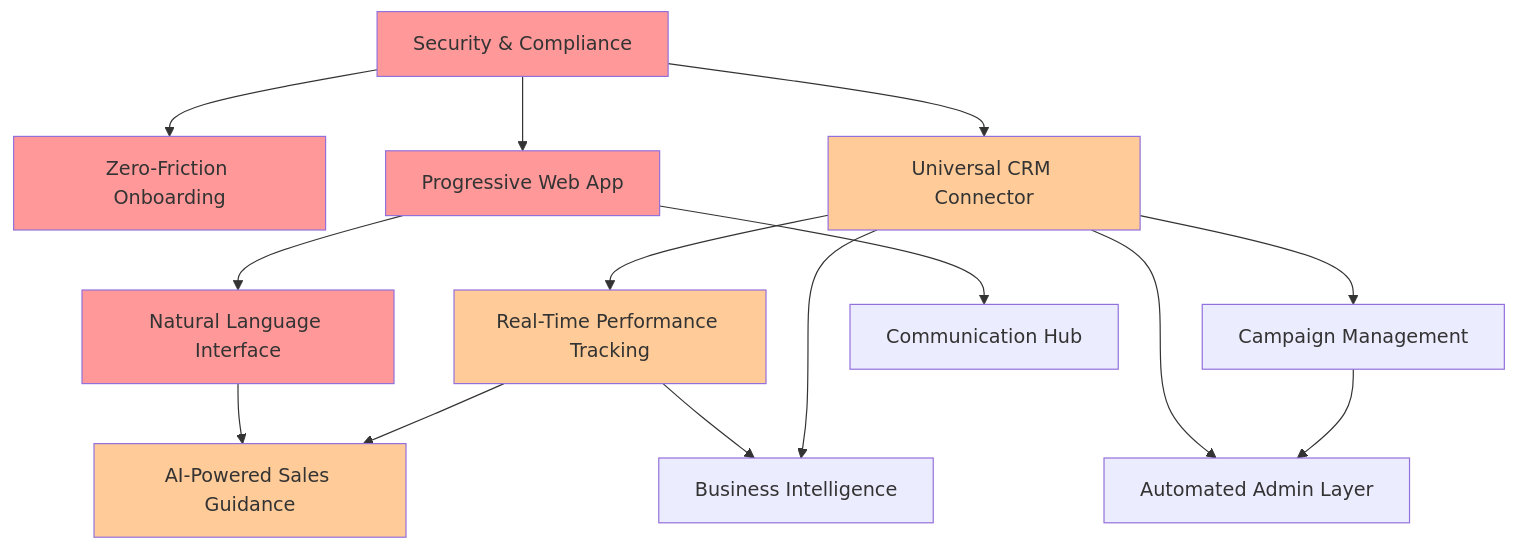
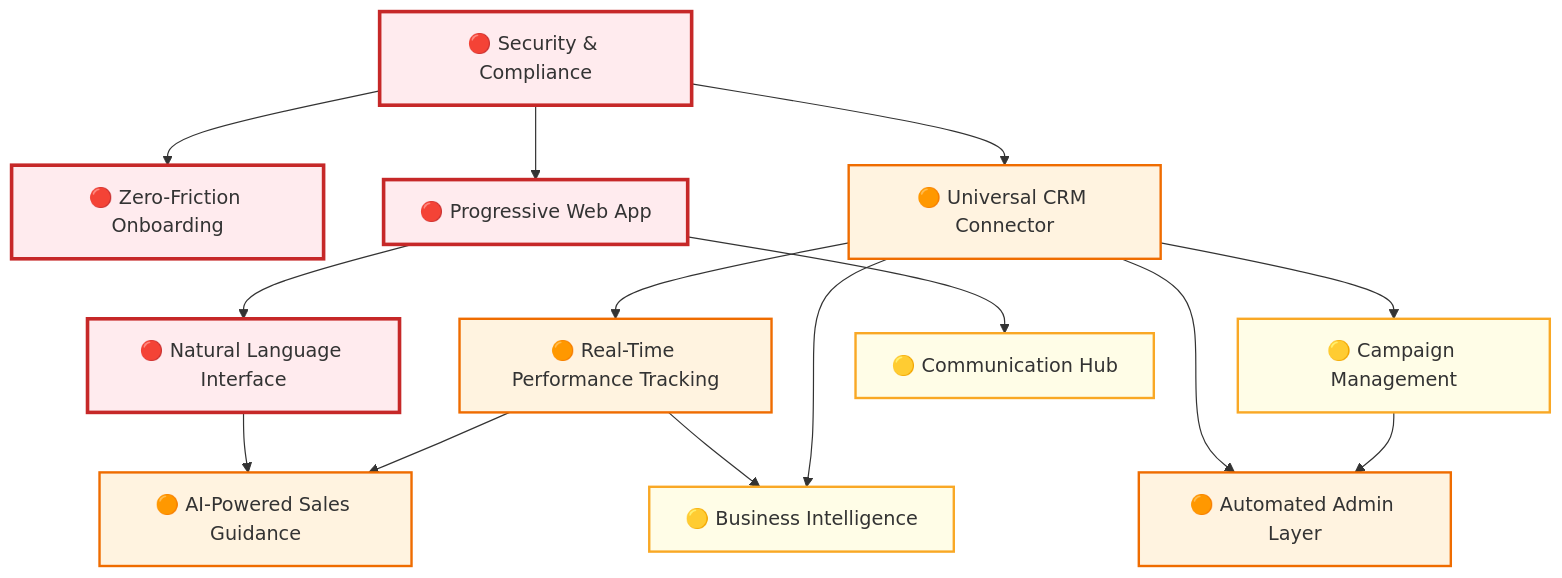
The second of 2 diagrams in .knowledge/ewing-proposal/technology/primary-features/README.md (Engram-Nexus/ewing-olemiss-play-v1), drawn with Mermaid before and after one commit. The commit also changed other lines of this file, not shown here.

````diff
--- a/.knowledge/ewing-proposal/technology/primary-features/README.md
+++ b/.knowledge/ewing-proposal/technology/primary-features/README.md
@@ -87,24 +148,28 @@
 ```mermaid
 graph TD
-    A[Security & Compliance] --> B[Zero-Friction Onboarding]
-    A --> C[Progressive Web App]
-    C --> D[Natural Language Interface]
-    A --> E[Universal CRM Connector]
-    E --> F[Real-Time Performance Tracking]
-    E --> G[Campaign Management]
-    D --> H[AI-Powered Sales Guidance]
+    A[🔴 Security & Compliance] --> B[🔴 Zero-Friction Onboarding]
+    A --> C[🔴 Progressive Web App]
+    C --> D[🔴 Natural Language Interface]
+    A --> E[🟠 Universal CRM Connector]
+    E --> F[🟠 Real-Time Performance Tracking]
+    E --> G[🟡 Campaign Management]
+    D --> H[🟠 AI-Powered Sales Guidance]
     F --> H
-    E --> I[Automated Admin Layer]
+    E --> I[🟠 Automated Admin Layer]
     G --> I
-    C --> J[Communication Hub]
-    F --> K[Business Intelligence]
+    C --> J[🟡 Communication Hub]
+    F --> K[🟡 Business Intelligence]
     E --> K
 
-    style A fill:#ff9999
-    style B fill:#ff9999
-    style C fill:#ff9999
-    style D fill:#ff9999
-    style E fill:#ffcc99
-    style F fill:#ffcc99
-    style H fill:#ffcc99
+    style A fill:#ffebee,stroke:#c62828,stroke-width:3px
+    style B fill:#ffebee,stroke:#c62828,stroke-width:3px
+    style C fill:#ffebee,stroke:#c62828,stroke-width:3px
+    style D fill:#ffebee,stroke:#c62828,stroke-width:3px
+    style E fill:#fff3e0,stroke:#ef6c00,stroke-width:2px
+    style F fill:#fff3e0,stroke:#ef6c00,stroke-width:2px
+    style H fill:#fff3e0,stroke:#ef6c00,stroke-width:2px
+    style I fill:#fff3e0,stroke:#ef6c00,stroke-width:2px
+    style G fill:#fffde7,stroke:#f9a825,stroke-width:2px
+    style J fill:#fffde7,stroke:#f9a825,stroke-width:2px
+    style K fill:#fffde7,stroke:#f9a825,stroke-width:2px
 ```
````
